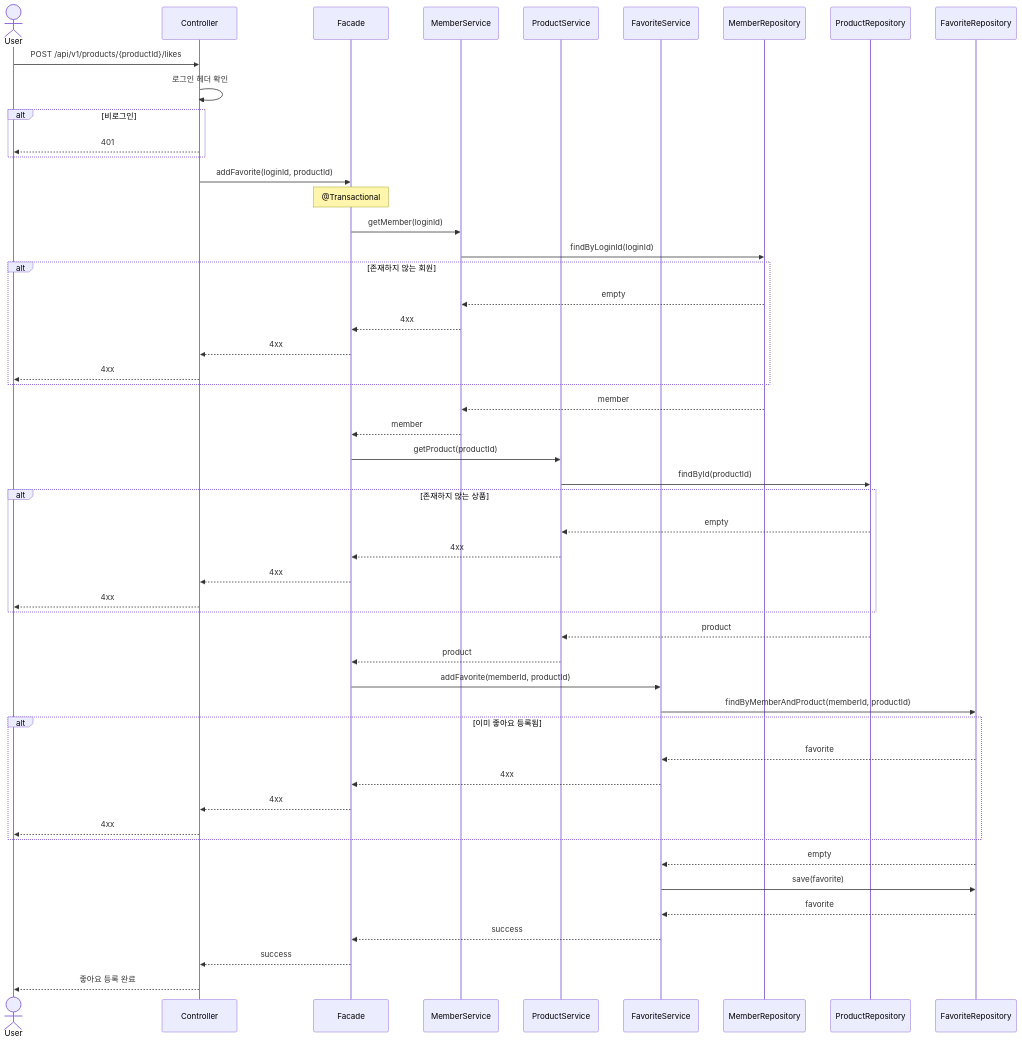
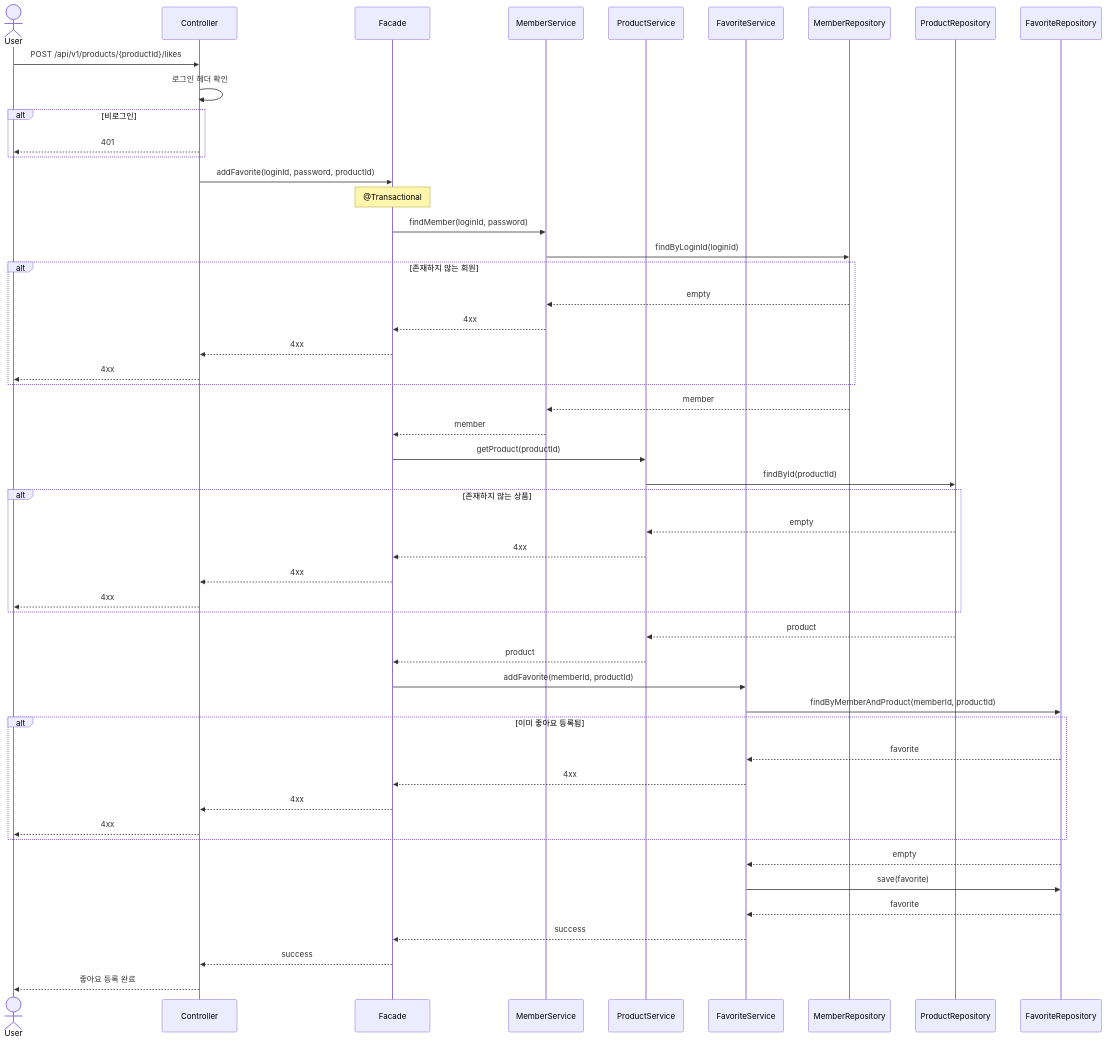
The fourth of 21 diagrams in docs/design/02-sequence-diagrams.md (Loopers-dev-lab/loop-pack-be-l2-vol3-java), drawn with Mermaid before and after one commit. The commit also changed other lines of this file and 2 other files, not shown here.

````diff
--- a/docs/design/02-sequence-diagrams.md
+++ b/docs/design/02-sequence-diagrams.md
@@ -204,64 +204,64 @@
 ```mermaid
 sequenceDiagram
     actor User
     participant Controller
     participant Facade
     participant MemberService
     participant ProductService
     participant FavoriteService
     participant MemberRepository
     participant ProductRepository
     participant FavoriteRepository
 
     User->>Controller: POST /api/v1/products/{productId}/likes
     Controller->>Controller: 로그인 헤더 확인
 
     alt 비로그인
         Controller-->>User: 401
     end
 
-    Controller->>Facade: addFavorite(loginId, productId)
+    Controller->>Facade: addFavorite(loginId, password, productId)
     Note over Facade: @Transactional
 
-    Facade->>MemberService: getMember(loginId)
+    Facade->>MemberService: findMember(loginId, password)
     MemberService->>MemberRepository: findByLoginId(loginId)
     alt 존재하지 않는 회원
         MemberRepository-->>MemberService: empty
         MemberService-->>Facade: 4xx
         Facade-->>Controller: 4xx
         Controller-->>User: 4xx
     end
     MemberRepository-->>MemberService: member
     MemberService-->>Facade: member
 
     Facade->>ProductService: getProduct(productId)
     ProductService->>ProductRepository: findById(productId)
 
     alt 존재하지 않는 상품
         ProductRepository-->>ProductService: empty
         ProductService-->>Facade: 4xx
         Facade-->>Controller: 4xx
         Controller-->>User: 4xx
     end
 
     ProductRepository-->>ProductService: product
     ProductService-->>Facade: product
 
     Facade->>FavoriteService: addFavorite(memberId, productId)
     FavoriteService->>FavoriteRepository: findByMemberAndProduct(memberId, productId)
 
     alt 이미 좋아요 등록됨
         FavoriteRepository-->>FavoriteService: favorite
         FavoriteService-->>Facade: 4xx
         Facade-->>Controller: 4xx
         Controller-->>User: 4xx
     end
 
     FavoriteRepository-->>FavoriteService: empty
     FavoriteService->>FavoriteRepository: save(favorite)
     FavoriteRepository-->>FavoriteService: favorite
 
     FavoriteService-->>Facade: success
     Facade-->>Controller: success
     Controller-->>User: 좋아요 등록 완료
 ```
````
